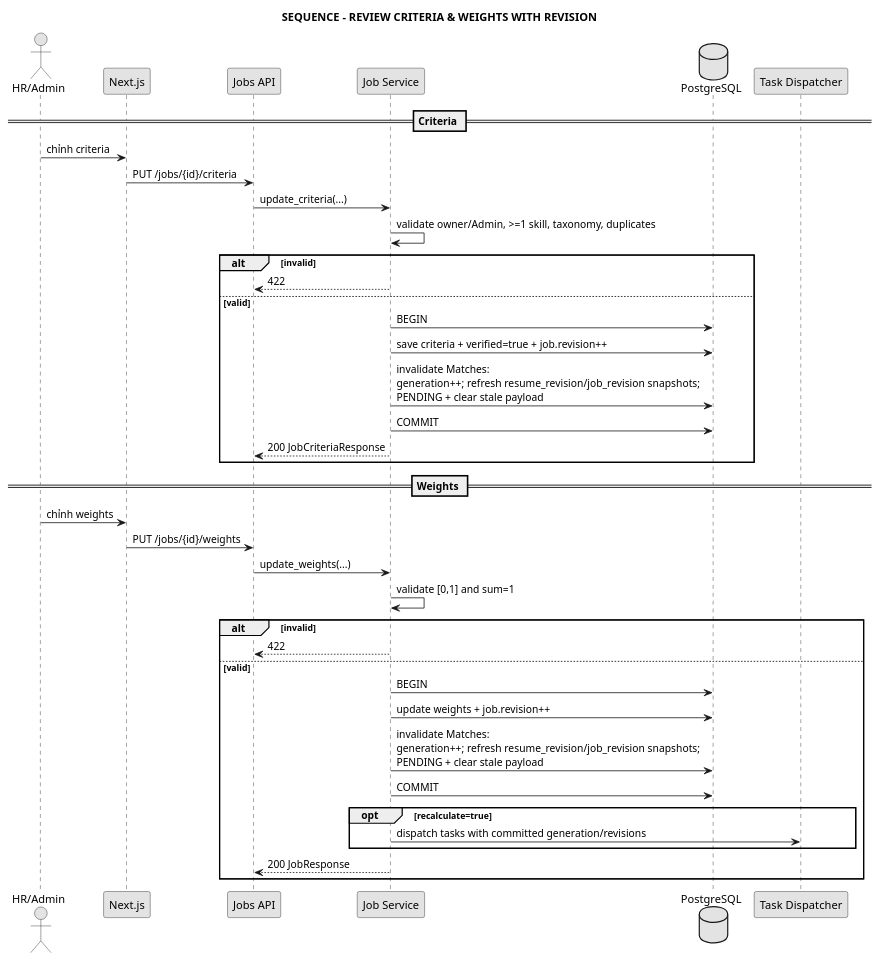
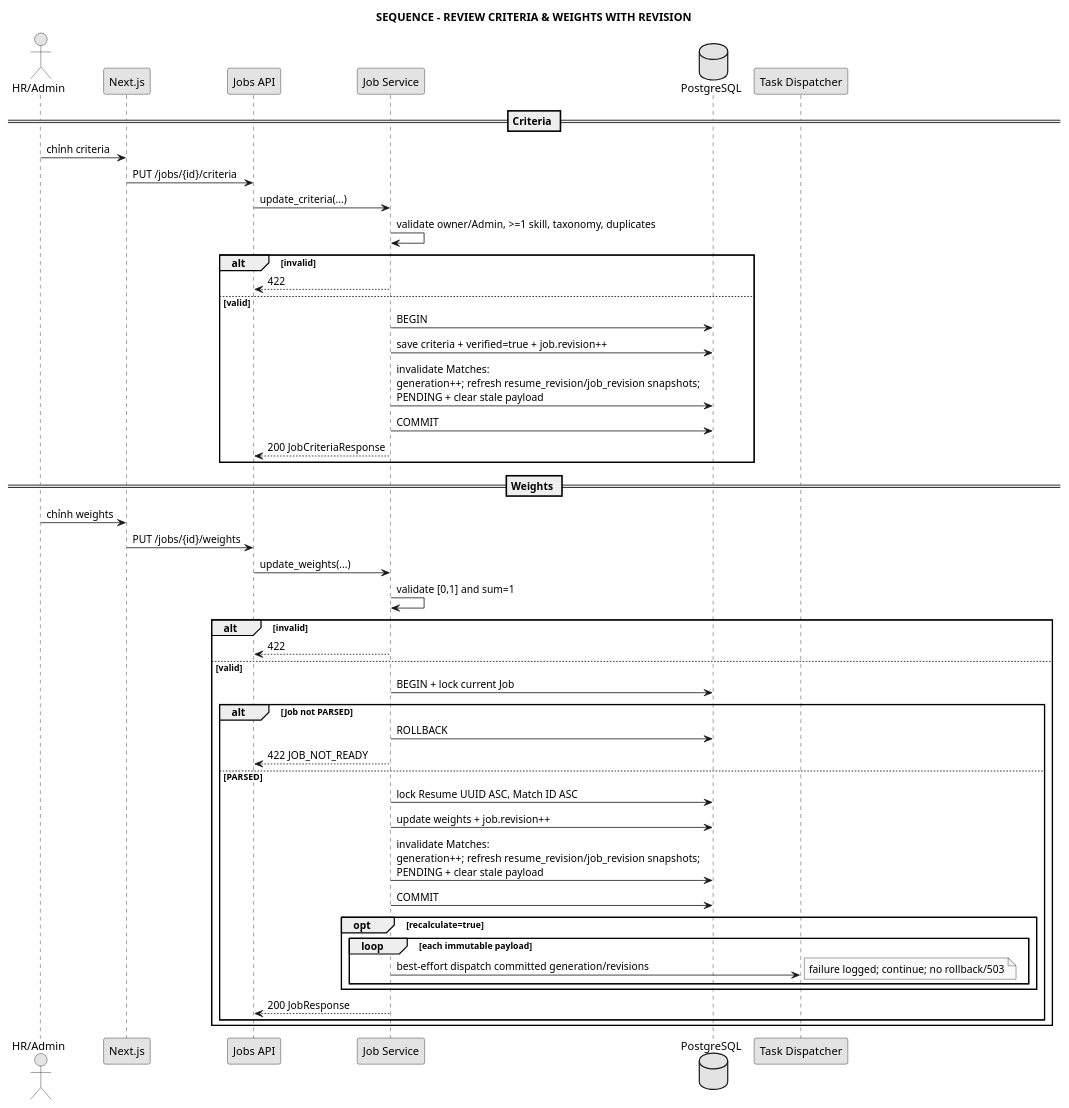
One commit to anh632k-ui/WebCVUngVienTuyenDung changed the diagram in docs/04_sequence/seq_job_criteria_weights.puml. Above: the diagram before and after it, drawn with PlantUML. The commit also changed 13 other files, not shown here.

```diff
--- a/docs/04_sequence/seq_job_criteria_weights.puml
+++ b/docs/04_sequence/seq_job_criteria_weights.puml
@@ -1,45 +1,54 @@
 @startuml
 skinparam monochrome true
 skinparam shadowing false
 title SEQUENCE - REVIEW CRITERIA & WEIGHTS WITH REVISION
 
 actor "HR/Admin" as User
 participant "Next.js" as FE
 participant "Jobs API" as API
 participant "Job Service" as Service
 database "PostgreSQL" as DB
 participant "Task Dispatcher" as Dispatcher
 
 == Criteria ==
 User -> FE : chỉnh criteria
 FE -> API : PUT /jobs/{id}/criteria
 API -> Service : update_criteria(...)
 Service -> Service : validate owner/Admin, >=1 skill, taxonomy, duplicates
 alt invalid
   Service --> API : 422
 else valid
   Service -> DB : BEGIN
   Service -> DB : save criteria + verified=true + job.revision++
   Service -> DB : invalidate Matches:\ngeneration++; refresh resume_revision/job_revision snapshots;\nPENDING + clear stale payload
   Service -> DB : COMMIT
   Service --> API : 200 JobCriteriaResponse
 end
 
 == Weights ==
 User -> FE : chỉnh weights
 FE -> API : PUT /jobs/{id}/weights
 API -> Service : update_weights(...)
 Service -> Service : validate [0,1] and sum=1
 alt invalid
   Service --> API : 422
 else valid
-  Service -> DB : BEGIN
+  Service -> DB : BEGIN + lock current Job
+  alt Job not PARSED
+    Service -> DB : ROLLBACK
+    Service --> API : 422 JOB_NOT_READY
+  else PARSED
+  Service -> DB : lock Resume UUID ASC, Match ID ASC
   Service -> DB : update weights + job.revision++
   Service -> DB : invalidate Matches:\ngeneration++; refresh resume_revision/job_revision snapshots;\nPENDING + clear stale payload
   Service -> DB : COMMIT
   opt recalculate=true
-    Service -> Dispatcher : dispatch tasks with committed generation/revisions
+    loop each immutable payload
+      Service -> Dispatcher : best-effort dispatch committed generation/revisions
+      note right: failure logged; continue; no rollback/503
+    end
   end
   Service --> API : 200 JobResponse
+  end
 end
 @enduml
```
